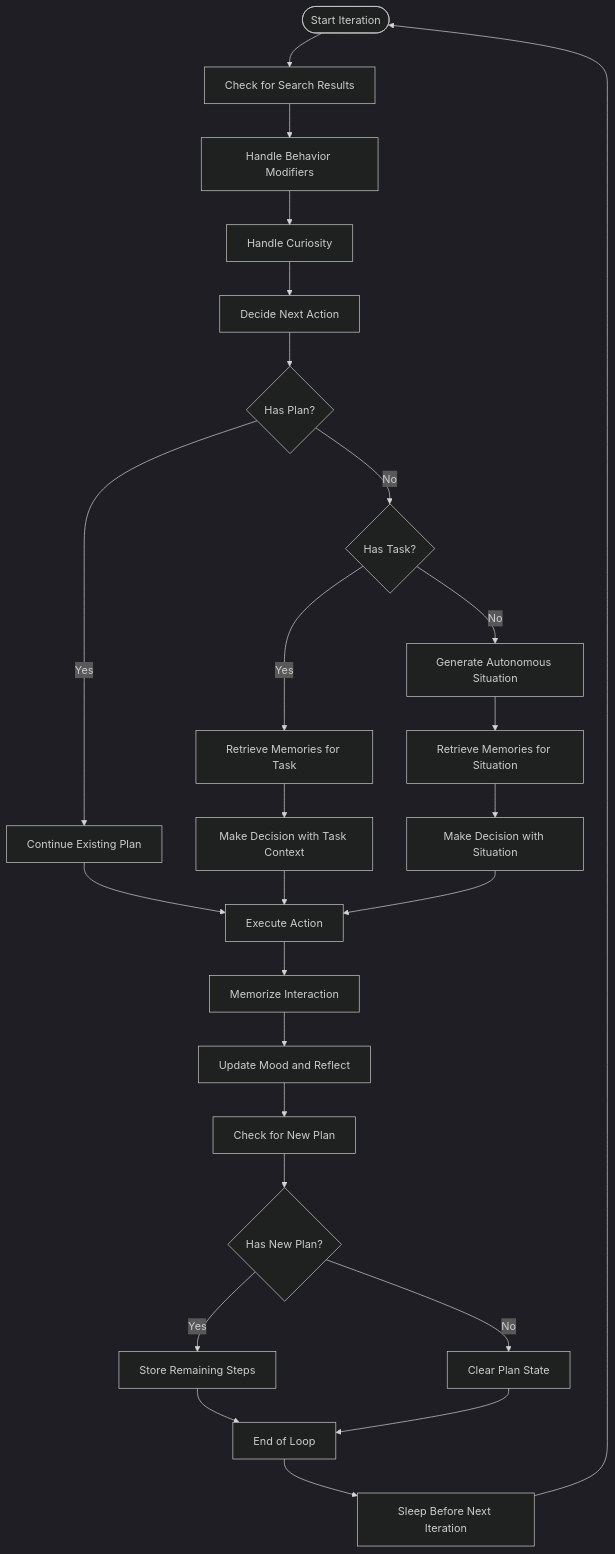
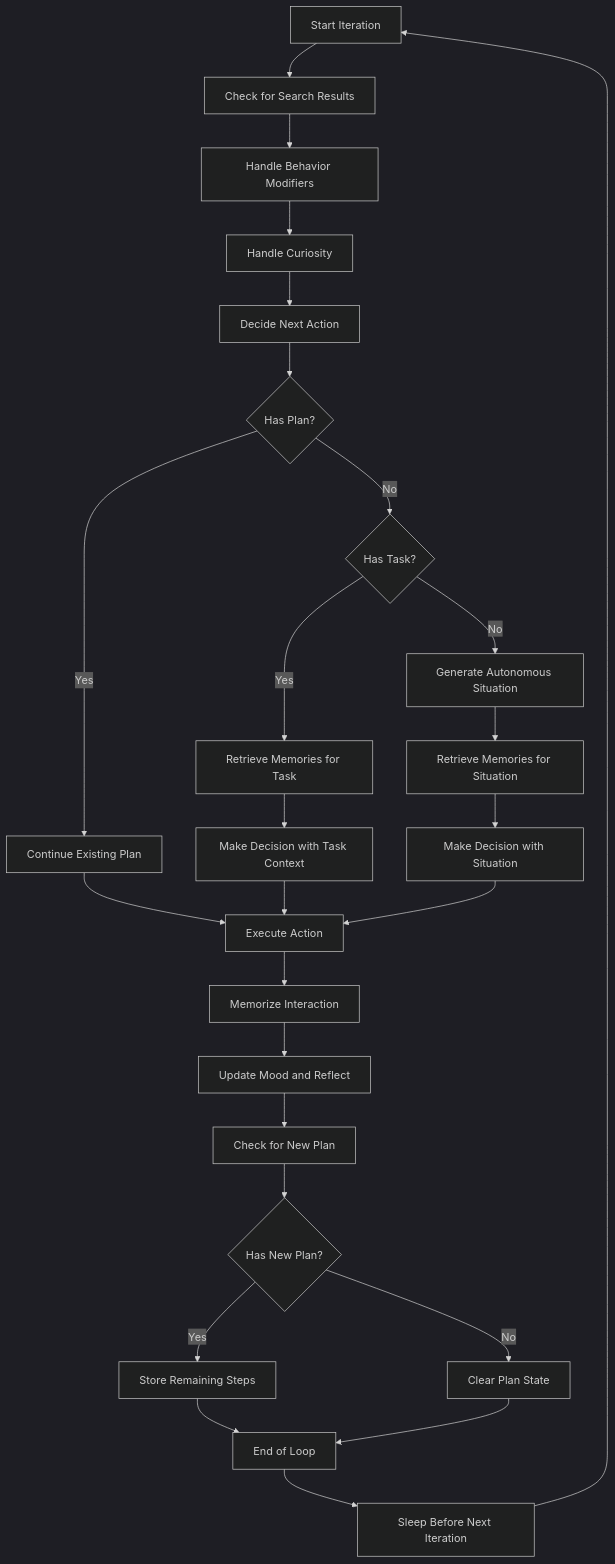
The fourth of 17 diagrams in docs/Core System/AGISystem Orchestration.md (Likhithsai2580/RAVANA-WIKI), drawn with Mermaid (dark theme) before and after one commit. The commit also changed other lines of this file and 52 other files, not shown here.

First line of the commit message:
chore(docs): update documentation content, fix Mermaid diagrams, and enhance README

````diff
--- a/docs/Core System/AGISystem Orchestration.md
+++ b/docs/Core System/AGISystem Orchestration.md
@@ -305,28 +305,28 @@
 ```mermaid
 flowchart TD
-Start([Start Iteration]) --> CheckResults["Check for Search Results"]
+Start["Start Iteration"] --> CheckResults["Check for Search Results"]
 CheckResults --> HandleModifiers["Handle Behavior Modifiers"]
 HandleModifiers --> HandleCuriosity["Handle Curiosity"]
 HandleCuriosity --> DecideNext["Decide Next Action"]
 DecideNext --> HasPlan{Has Plan?}
 HasPlan --> |Yes| ContinuePlan["Continue Existing Plan"]
 HasPlan --> |No| HasTask{Has Task?}
 HasTask --> |Yes| RetrieveMemoriesTask["Retrieve Memories for Task"]
 HasTask --> |No| GenerateSituation["Generate Autonomous Situation"]
 RetrieveMemoriesTask --> MakeDecisionTask["Make Decision with Task Context"]
 GenerateSituation --> RetrieveMemoriesAuto["Retrieve Memories for Situation"]
 RetrieveMemoriesAuto --> MakeDecisionAuto["Make Decision with Situation"]
 ContinuePlan --> ExecuteAction["Execute Action"]
 MakeDecisionTask --> ExecuteAction
 MakeDecisionAuto --> ExecuteAction
 ExecuteAction --> Memorize["Memorize Interaction"]
 Memorize --> UpdateMood["Update Mood and Reflect"]
 UpdateMood --> CheckPlan["Check for New Plan"]
 CheckPlan --> HasNewPlan{Has New Plan?}
 HasNewPlan --> |Yes| StorePlan["Store Remaining Steps"]
 HasNewPlan --> |No| ClearPlan["Clear Plan State"]
 StorePlan --> EndLoop["End of Loop"]
 ClearPlan --> EndLoop
 EndLoop --> Sleep["Sleep Before Next Iteration"]
 Sleep --> Start
 ```
````
